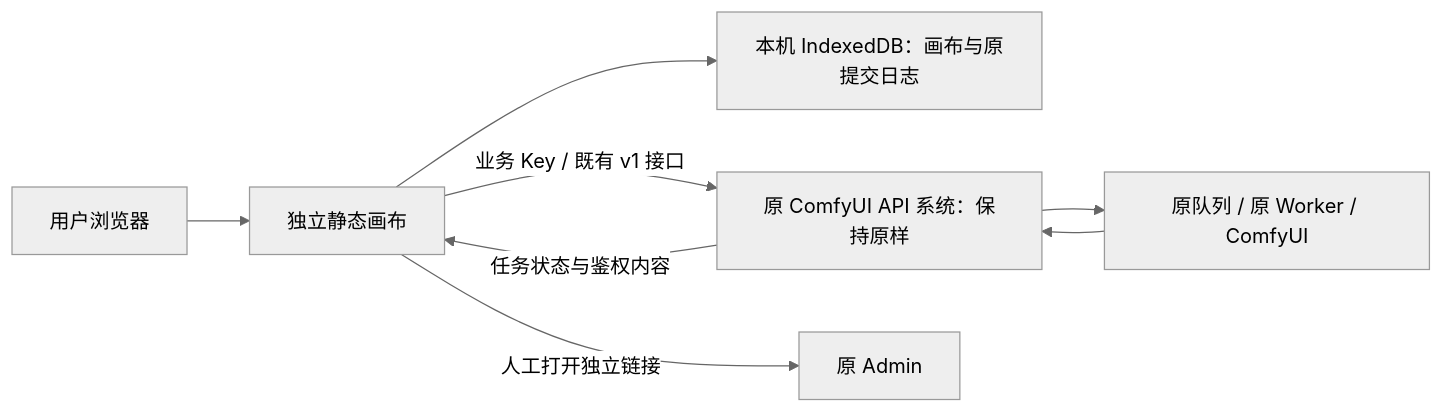
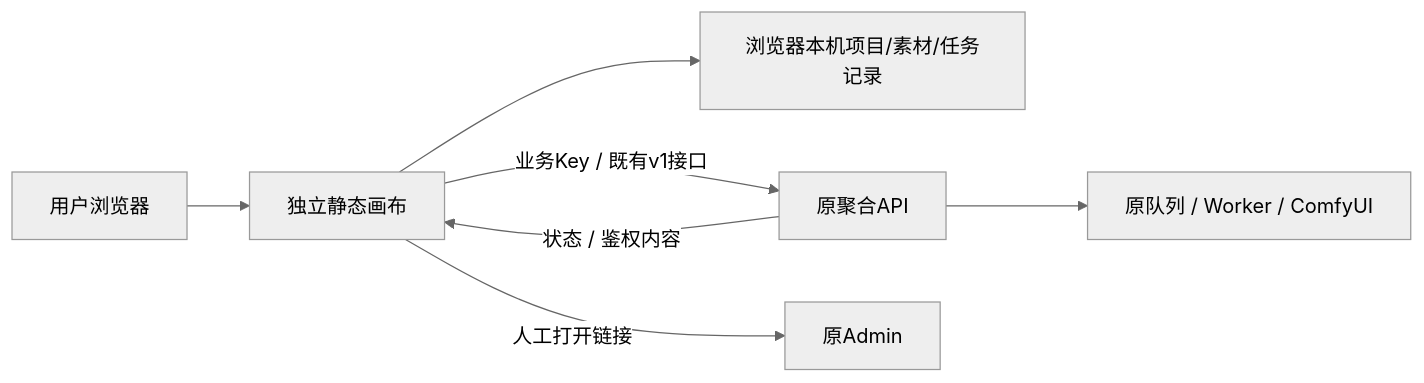
Before and after one commit to copypasteltd/comfyUI-aggregator-proxy: the diagram in docs/studio/20-独立画布与既有API融合最终边界.md, drawn with Mermaid (neutral theme). The commit also changed other lines of this file and 32 other files, not shown here.

````diff
--- a/docs/studio/20-独立画布与既有API融合最终边界.md
+++ b/docs/studio/20-独立画布与既有API融合最终边界.md
@@ -20,10 +5,9 @@
 ```mermaid
 flowchart LR
-    U[用户浏览器] --> F[独立静态画布]
-    F --> L[本机 IndexedDB：画布与原提交日志]
-    F -->|业务 Key / 既有 v1 接口| A[原 ComfyUI API 系统：保持原样]
-    A --> G[原队列 / 原 Worker / ComfyUI]
-    G --> A
-    A -->|任务状态与鉴权内容| F
-    F -->|人工打开独立链接| M[原 Admin]
+    B[用户浏览器] --> W[独立静态画布]
+    W --> L[浏览器本机项目/素材/任务记录]
+    W -->|业务Key / 既有v1接口| A[原聚合API]
+    A --> G[原队列 / Worker / ComfyUI]
+    A -->|状态 / 鉴权内容| W
+    W -->|人工打开链接| M[原Admin]
 ```
````
